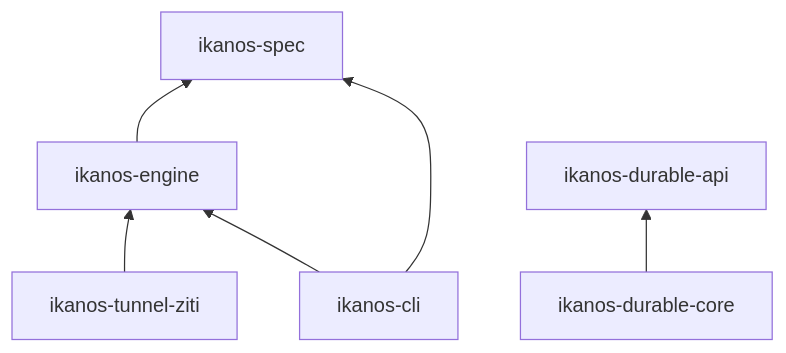
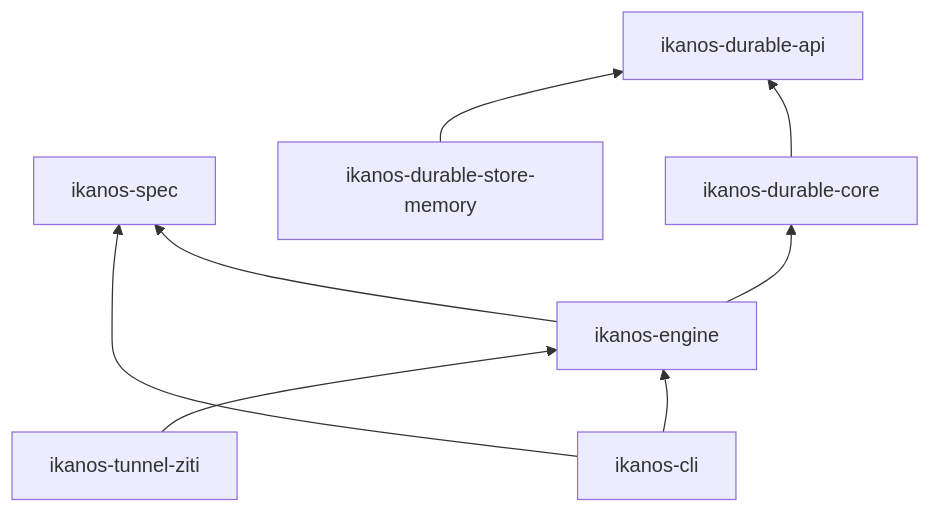
Before and after one commit to naftiko/ikanos: the second of 3 diagrams in modules/ikanos-docs/architecture.md, drawn with Mermaid. The commit also changed other lines of this file and 32 other files, not shown here.

````diff
--- a/modules/ikanos-docs/architecture.md
+++ b/modules/ikanos-docs/architecture.md
@@ -61,14 +61,17 @@
 ```mermaid
 flowchart BT
     spec[ikanos-spec]
     engine[ikanos-engine]
     cli[ikanos-cli]
     ziti[ikanos-tunnel-ziti]
     dapi[ikanos-durable-api]
     dcore[ikanos-durable-core]
+    dmem[ikanos-durable-store-memory]
     engine --> spec
+    engine --> dcore
     dcore --> dapi
+    dmem --> dapi
     cli --> engine
     cli --> spec
     ziti --> engine
 ```
````
